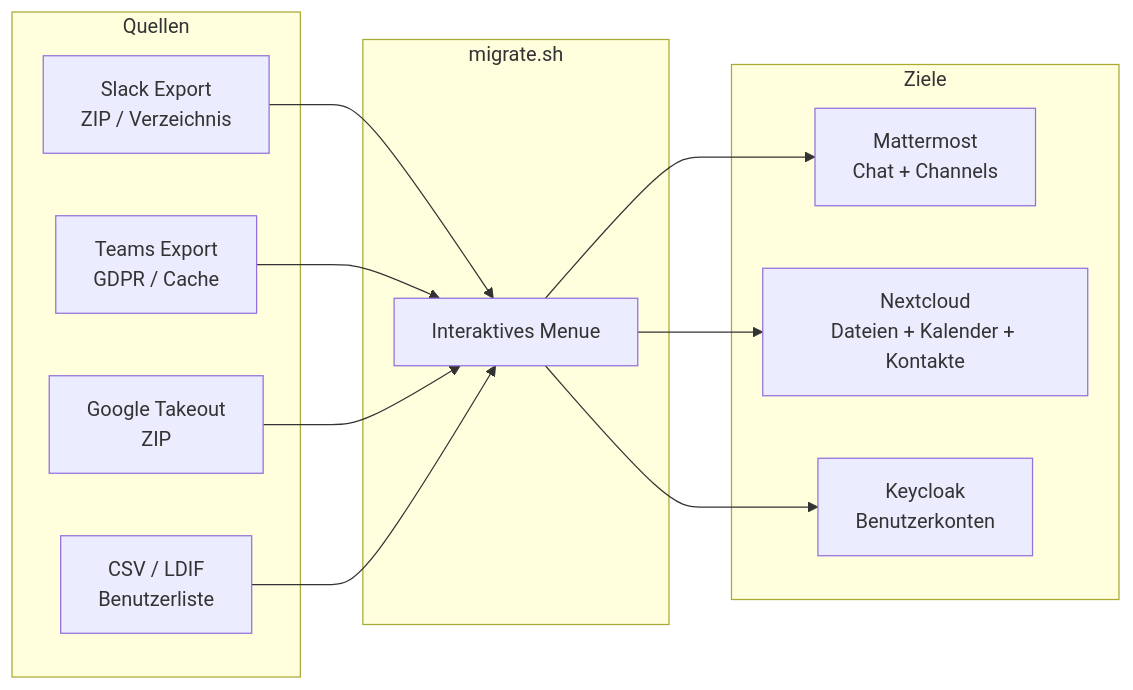
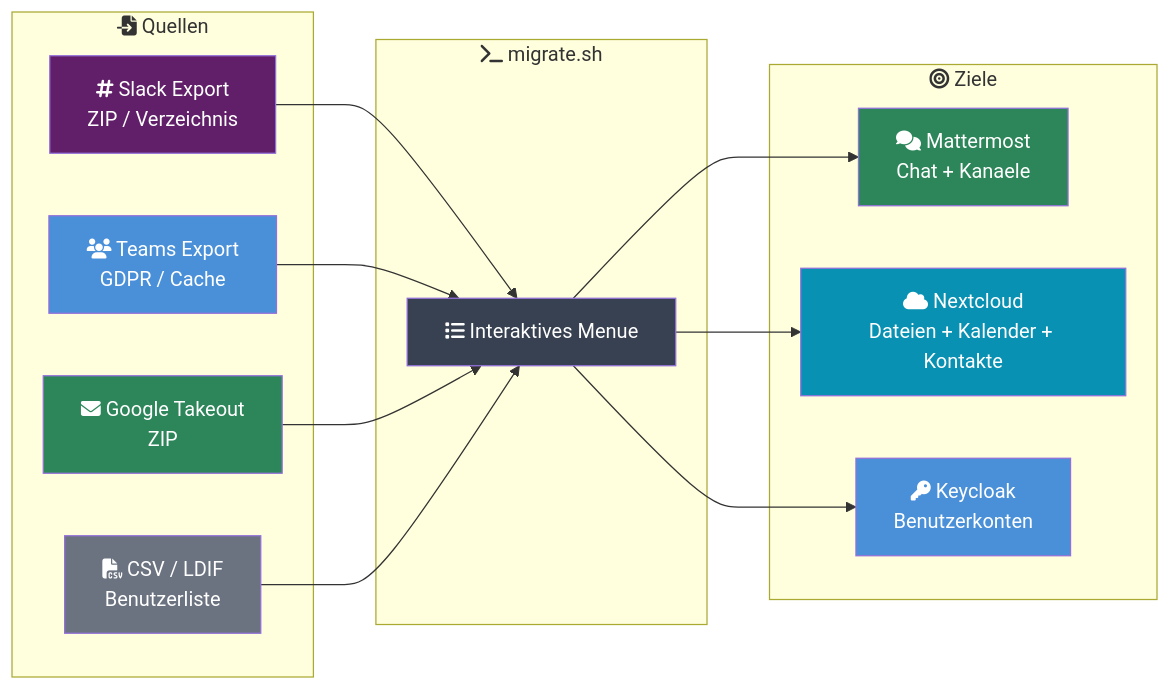
The diagram in docs/migration.md (Paddione/Bachelorprojekt), drawn with Mermaid before and after one commit. The commit also changed 6 other files, not shown here.

First line of the commit message:
docs: Dokumentation ins Deutsche übersetzen und Mermaid-Diagramme visuell aufwerten

````diff
--- a/docs/migration.md
+++ b/docs/migration.md
@@ -7,28 +7,37 @@
 ```mermaid
 flowchart LR
-    subgraph Quellen
-        SL[Slack Export<br/>ZIP / Verzeichnis]
-        TE[Teams Export<br/>GDPR / Cache]
-        GO[Google Takeout<br/>ZIP]
-        CSV[CSV / LDIF<br/>Benutzerliste]
+    subgraph Quellen ["fa:fa-file-import Quellen"]
+        SL["fa:fa-hashtag Slack Export<br/>ZIP / Verzeichnis"]
+        TE["fa:fa-users Teams Export<br/>GDPR / Cache"]
+        GO["fa:fa-envelope Google Takeout<br/>ZIP"]
+        CSV["fa:fa-file-csv CSV / LDIF<br/>Benutzerliste"]
     end
 
-    subgraph migrate.sh
-        M[Interaktives Menue]
+    subgraph script ["fa:fa-terminal migrate.sh"]
+        M["fa:fa-list Interaktives Menue"]
     end
 
-    subgraph Ziele
-        MM[Mattermost<br/>Chat + Channels]
-        NC[Nextcloud<br/>Dateien + Kalender + Kontakte]
-        KC[Keycloak<br/>Benutzerkonten]
+    subgraph Ziele ["fa:fa-bullseye Ziele"]
+        MM["fa:fa-comments Mattermost<br/>Chat + Kanaele"]
+        NC["fa:fa-cloud Nextcloud<br/>Dateien + Kalender + Kontakte"]
+        KC["fa:fa-key Keycloak<br/>Benutzerkonten"]
     end
 
     SL --> M
     TE --> M
     GO --> M
     CSV --> M
 
     M --> MM
     M --> NC
     M --> KC
+
+    style SL fill:#611f69,color:#fff
+    style TE fill:#4a90d9,color:#fff
+    style GO fill:#2d8659,color:#fff
+    style CSV fill:#6b7280,color:#fff
+    style M fill:#374151,color:#fff
+    style MM fill:#2d8659,color:#fff
+    style NC fill:#0891b2,color:#fff
+    style KC fill:#4a90d9,color:#fff
 ```
````
